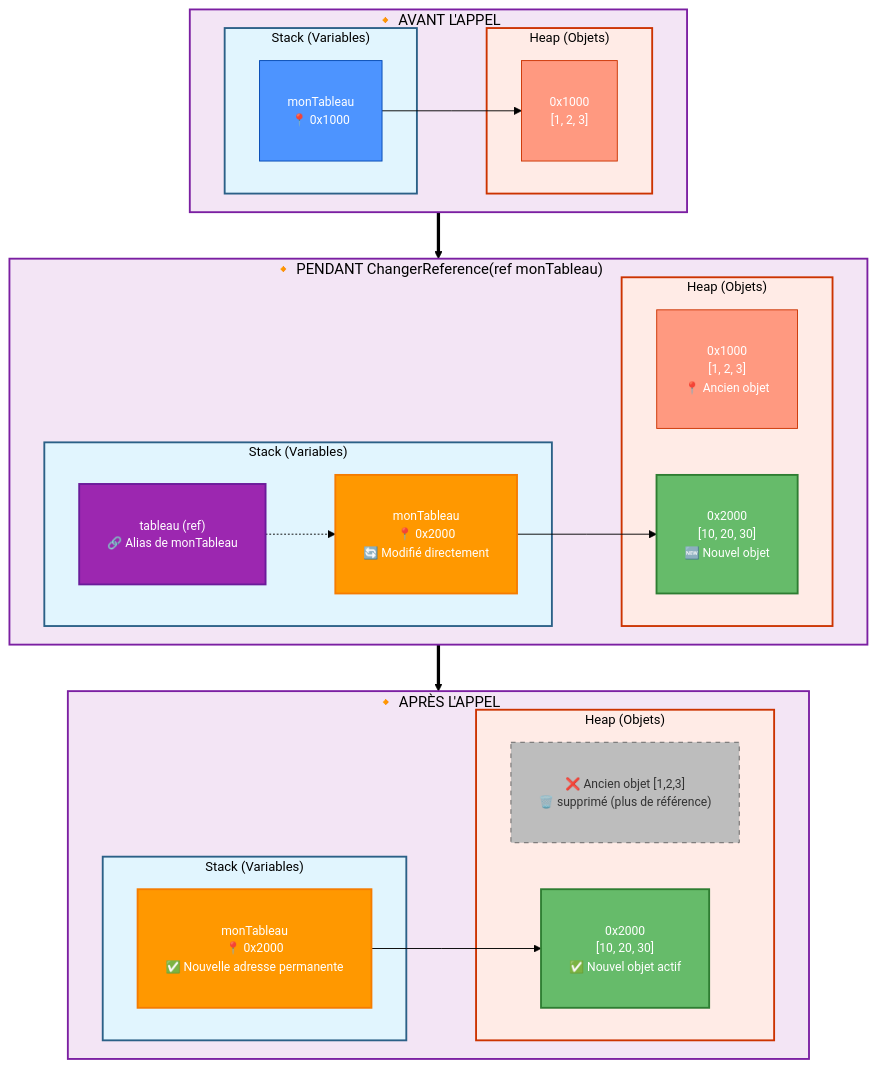
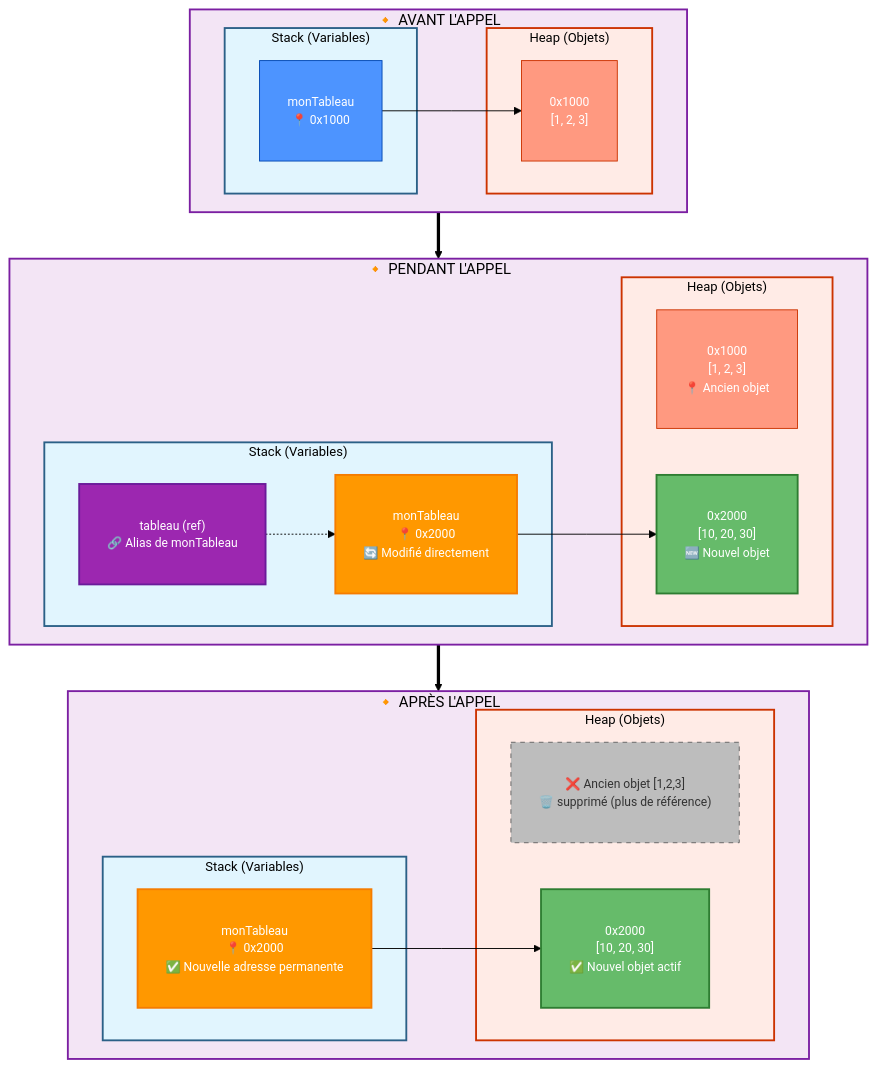
One commit to fpluquet/csharp-intro-syllabus changed the fifth of 13 diagrams in docs/8-fonctions.md. Above: the diagram before and after it, drawn with Mermaid. The commit also changed other lines of this file, not shown here.

Commit message:
Enhance documentation and visualizations for recursive functions, including improved flowcharts and detailed explanations of base cases and progression.

````diff
--- a/docs/8-fonctions.md
+++ b/docs/8-fonctions.md
@@ -535,63 +535,63 @@
 ```mermaid
 %%{init: {'theme': 'base', 'themeVariables': { 'fontSize': '16px', 'fontFamily': 'Arial', 'primaryColor': '#ffffff', 'primaryTextColor': '#000000', 'primaryBorderColor': '#000000', 'lineColor': '#000000', 'nodeSpacing': 50, 'rankSpacing': 80, 'subgraphTextSize': '18px' }, 'flowchart': { 'useMaxWidth': true, 'htmlLabels': true, 'curve': 'linear' }}}%%
 flowchart TB
     subgraph Avant["🔸 AVANT L'APPEL"]
         direction LR
         subgraph Stack1["Stack (Variables)"]
             V1["monTableau<br/>📍 0x1000"]
         end
         subgraph Heap1["Heap (Objets)"]
             O1["0x1000<br/>[1, 2, 3]"]
         end
         V1 --> O1
     end
     
-    subgraph Pendant["🔸 PENDANT ChangerReference(ref monTableau)"]
+    subgraph Pendant["🔸 PENDANT L'APPEL"]
         direction LR
         subgraph Stack2["Stack (Variables)"]
             V2["monTableau<br/>📍 0x2000<br/>🔄 Modifié directement"]
             V3["tableau (ref)<br/>🔗 Alias de monTableau"]
         end
         subgraph Heap2["Heap (Objets)"]
             O2["0x1000<br/>[1, 2, 3]<br/>📍 Ancien objet"]
             O3["0x2000<br/>[10, 20, 30]<br/>🆕 Nouvel objet"]
         end
         V2 --> O3
         V3 -.-> V2
     end
     
     subgraph Apres["🔸 APRÈS L'APPEL"]
         direction LR
         subgraph Stack3["Stack (Variables)"]
             V4["monTableau<br/>📍 0x2000<br/>✅ Nouvelle adresse permanente"]
         end
         subgraph Heap3["Heap (Objets)"]
             O4["❌ Ancien objet [1,2,3]<br/>🗑️ supprimé (plus de référence)"]
             O5["0x2000<br/>[10, 20, 30]<br/>✅ Nouvel objet actif"]
         end
         V4 --> O5
     end
     
     Avant ==> Pendant
     Pendant ==> Apres
     
-    classDef stack fill:#e1f5fe,stroke:#2B6087,stroke-width:2px,font-size:14px,color:#000
-    classDef heap fill:#ffebe6,stroke:#CC3300,stroke-width:2px,font-size:14px,color:#000
-    classDef var fill:#4d94ff,stroke:#0047b3,stroke-width:1px,color:#fff,font-size:13px,padding:8px
-    classDef varRef fill:#9c27b0,stroke:#6a1b9a,stroke-width:2px,color:#fff,font-size:13px,padding:8px
-    classDef varChanged fill:#ff9800,stroke:#f57c00,stroke-width:2px,color:#fff,font-size:13px,padding:8px
-    classDef obj fill:#ff9980,stroke:#cc3300,stroke-width:1px,color:#fff,font-size:13px,padding:8px
-    classDef objNew fill:#66bb6a,stroke:#2e7d32,stroke-width:2px,color:#fff,font-size:13px,padding:8px
-    classDef objDeleted fill:#bdbdbd,stroke:#616161,stroke-width:1px,color:#333,stroke-dasharray: 5 5,font-size:13px,padding:8px
-    classDef phase fill:#f3e5f5,stroke:#7b1fa2,stroke-width:2px,font-size:16px,color:#000
+    classDef stack fill:#e1f5fe,stroke:#2B6087,stroke-width:2px,font-size:14px,color:#000,white-space:nowrap
+    classDef heap fill:#ffebe6,stroke:#CC3300,stroke-width:2px,font-size:14px,color:#000,white-space:nowrap
+    classDef var fill:#4d94ff,stroke:#0047b3,stroke-width:1px,color:#fff,font-size:13px,padding:8px,white-space:nowrap
+    classDef varRef fill:#9c27b0,stroke:#6a1b9a,stroke-width:2px,color:#fff,font-size:13px,padding:8px,white-space:nowrap
+    classDef varChanged fill:#ff9800,stroke:#f57c00,stroke-width:2px,color:#fff,font-size:13px,padding:8px,white-space:nowrap
+    classDef obj fill:#ff9980,stroke:#cc3300,stroke-width:1px,color:#fff,font-size:13px,padding:8px,white-space:nowrap
+    classDef objNew fill:#66bb6a,stroke:#2e7d32,stroke-width:2px,color:#fff,font-size:13px,padding:8px,white-space:nowrap
+    classDef objDeleted fill:#bdbdbd,stroke:#616161,stroke-width:1px,color:#333,stroke-dasharray: 5 5,font-size:13px,padding:8px,white-space:nowrap
+    classDef phase fill:#f3e5f5,stroke:#7b1fa2,stroke-width:2px,font-size:16px,color:#000,white-space:nowrap
     
     class Stack1,Stack2,Stack3 stack
     class Heap1,Heap2,Heap3 heap
     class V1 var
     class V2,V4 varChanged
     class V3 varRef
     class O1,O2 obj
     class O3,O5 objNew
     class O4 objDeleted
     class Avant,Pendant,Apres phase
 ```
````
